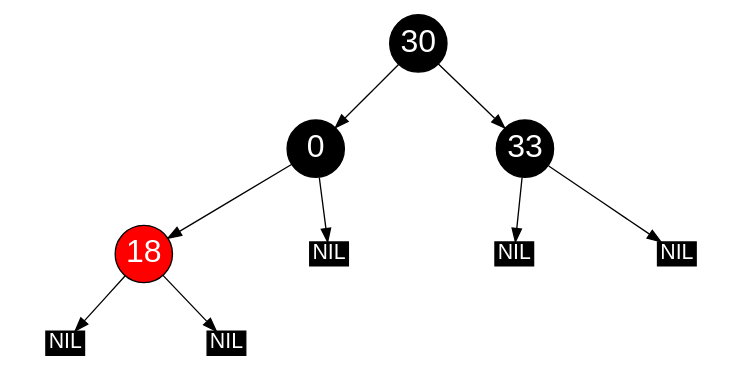
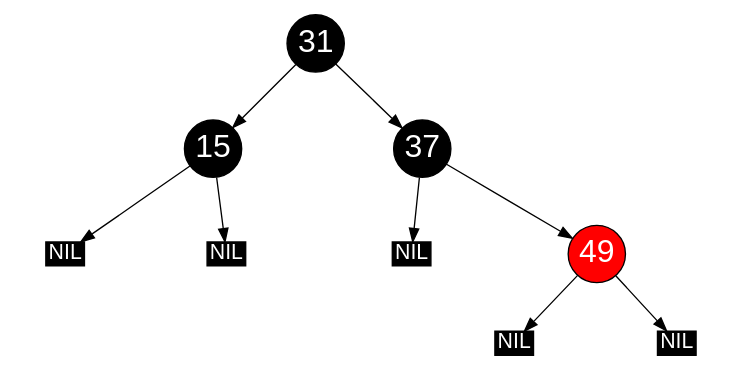
Before and after one commit to gbshschmlu/hs_fulda: the diagram in wise2025/algorithmen_und_datenstrukturen/testat2/dot_output/tree_04.dot, drawn with Graphviz. The commit also changed 46 other files, not shown here.

```diff
--- a/wise2025/algorithmen_und_datenstrukturen/testat2/dot_output/tree_04.dot
+++ b/wise2025/algorithmen_und_datenstrukturen/testat2/dot_output/tree_04.dot
@@ -1,22 +1,26 @@
 // Red Black Tree
 digraph G {
 	graph [ratio=.48];
 	node [style=filled, color=black, shape=circle, width=.6
 		fontname=Helvetica, fontweight=bold, fontcolor=white,
 		fontsize=24, fixedsize=true];
 
-	18
-	[fillcolor=red];
+	n0 [label="31"];
+	n1 [label="15"];
+	nil0 [label="NIL", shape=record, width=.4, height=.25, fontsize=16];
+	nil1 [label="NIL", shape=record, width=.4, height=.25, fontsize=16];
+	n2 [label="37"];
+	nil2 [label="NIL", shape=record, width=.4, height=.25, fontsize=16];
+	n3 [label="49", fillcolor=red];
+	nil3 [label="NIL", shape=record, width=.4, height=.25, fontsize=16];
+	nil4 [label="NIL", shape=record, width=.4, height=.25, fontsize=16];
 
-	nil0, nil1, nil2, nil3, nil4
-	[label="NIL", shape=record, width=.4, height=.25, fontsize=16];
-
-	30 -> 0;
-	0 -> nil0;
-	0 -> 18;
-	18 -> nil1;
-	18 -> nil2;
-	30 -> 33;
-	33 -> nil3;
-	33 -> nil4;
+	n1 -> nil0;
+	n1 -> nil1;
+	n0 -> n1;
+	n2 -> nil2;
+	n3 -> nil3;
+	n3 -> nil4;
+	n2 -> n3;
+	n0 -> n2;
 }
```
